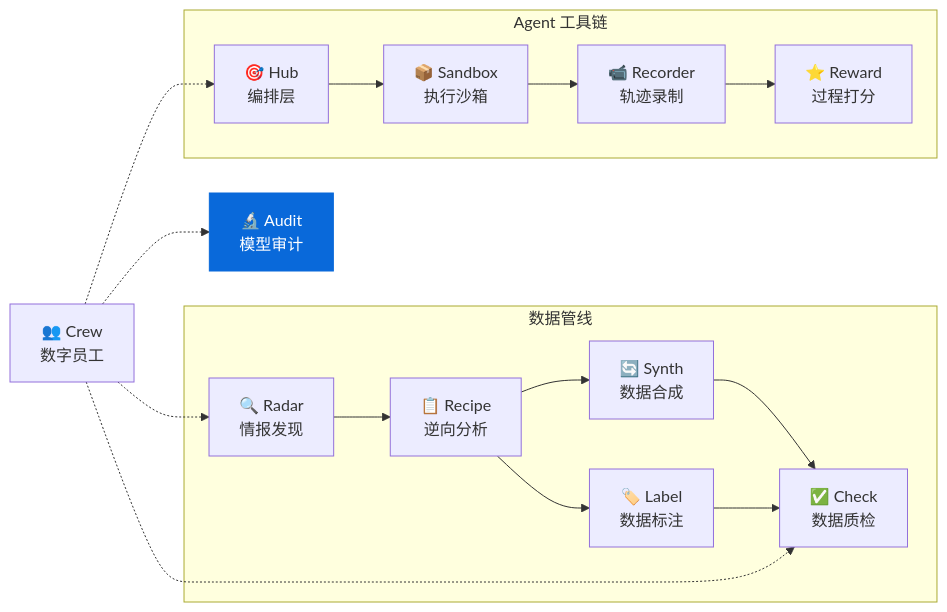
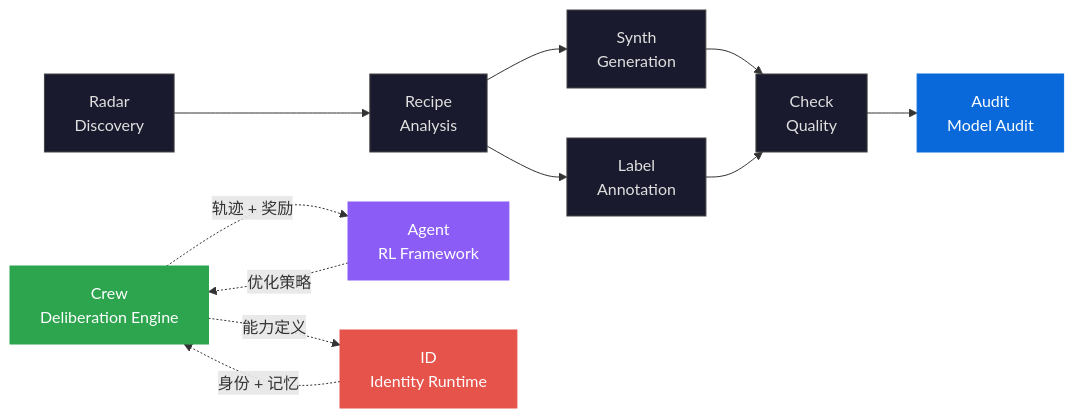
One commit to liuxiaotong/model-audit changed the second of 2 diagrams in README.md. Above: the diagram before and after it, drawn with Mermaid. The commit also changed other lines of this file, not shown here.

````diff
--- a/README.md
+++ b/README.md
@@ -344,22 +338,26 @@
 ```mermaid
 graph LR
-    subgraph 数据管线
-        Radar["🔍 Radar<br/>情报发现"] --> Recipe["📋 Recipe<br/>逆向分析"]
-        Recipe --> Synth["🔄 Synth<br/>数据合成"]
-        Recipe --> Label["🏷️ Label<br/>数据标注"]
-        Synth --> Check["✅ Check<br/>数据质检"]
-        Label --> Check
-    end
-    Audit["🔬 Audit<br/>模型审计"]
-    subgraph Agent 工具链
-        Hub["🎯 Hub<br/>编排层"] --> Sandbox["📦 Sandbox<br/>执行沙箱"]
-        Sandbox --> Recorder["📹 Recorder<br/>轨迹录制"]
-        Recorder --> Reward["⭐ Reward<br/>过程打分"]
-    end
-    Crew["👥 Crew<br/>数字员工"]
-    Crew -.-> Radar
-    Crew -.-> Check
-    Crew -.-> Audit
-    Crew -.-> Hub
+    Radar["Radar<br/>Discovery"] --> Recipe["Recipe<br/>Analysis"]
+    Recipe --> Synth["Synth<br/>Generation"]
+    Recipe --> Label["Label<br/>Annotation"]
+    Synth --> Check["Check<br/>Quality"]
+    Label --> Check
+    Check --> Audit["Audit<br/>Model Audit"]
+    Crew["Crew<br/>Deliberation Engine"]
+    Agent["Agent<br/>RL Framework"]
+    ID["ID<br/>Identity Runtime"]
+    Crew -.->|能力定义| ID
+    ID -.->|身份 + 记忆| Crew
+    Crew -.->|轨迹 + 奖励| Agent
+    Agent -.->|优化策略| Crew
+
     style Audit fill:#0969da,color:#fff,stroke:#0969da
+    style Crew fill:#2da44e,color:#fff,stroke:#2da44e
+    style Agent fill:#8b5cf6,color:#fff,stroke:#8b5cf6
+    style ID fill:#e5534b,color:#fff,stroke:#e5534b
+    style Radar fill:#1a1a2e,color:#e0e0e0,stroke:#444
+    style Recipe fill:#1a1a2e,color:#e0e0e0,stroke:#444
+    style Synth fill:#1a1a2e,color:#e0e0e0,stroke:#444
+    style Label fill:#1a1a2e,color:#e0e0e0,stroke:#444
+    style Check fill:#1a1a2e,color:#e0e0e0,stroke:#444
 ```
````
